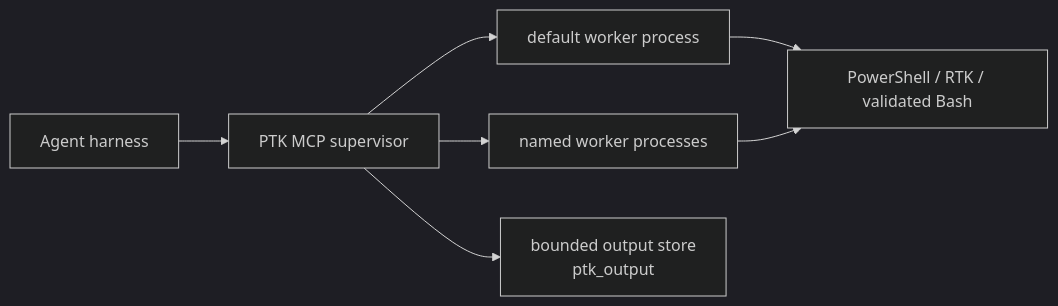
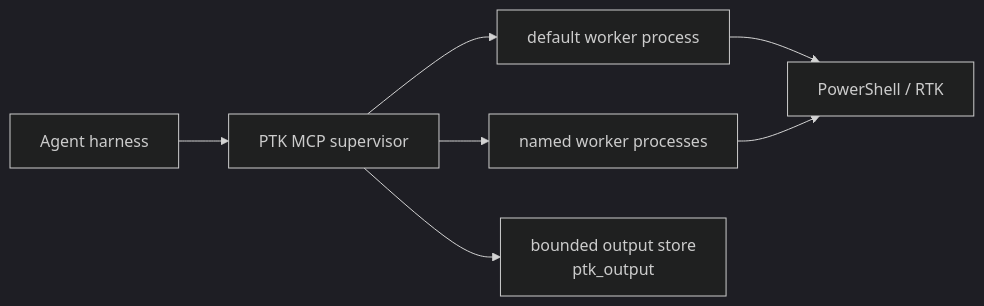
Before and after one commit to AlsoBeltrix/PowerShell-Token-Killer: the diagram in README.md, drawn with Mermaid (dark theme). The commit also changed other lines of this file and 21 other files, not shown here.

````diff
--- a/README.md
+++ b/README.md
@@ -48,9 +48,9 @@
 ```mermaid
 flowchart LR
     H[Agent harness] --> S[PTK MCP supervisor]
     S --> D[default worker process]
     S --> N[named worker processes]
-    D --> E[PowerShell / RTK / validated Bash]
+    D --> E[PowerShell / RTK]
     N --> E
     S --> O[bounded output store<br/>ptk_output]
 ```
````
